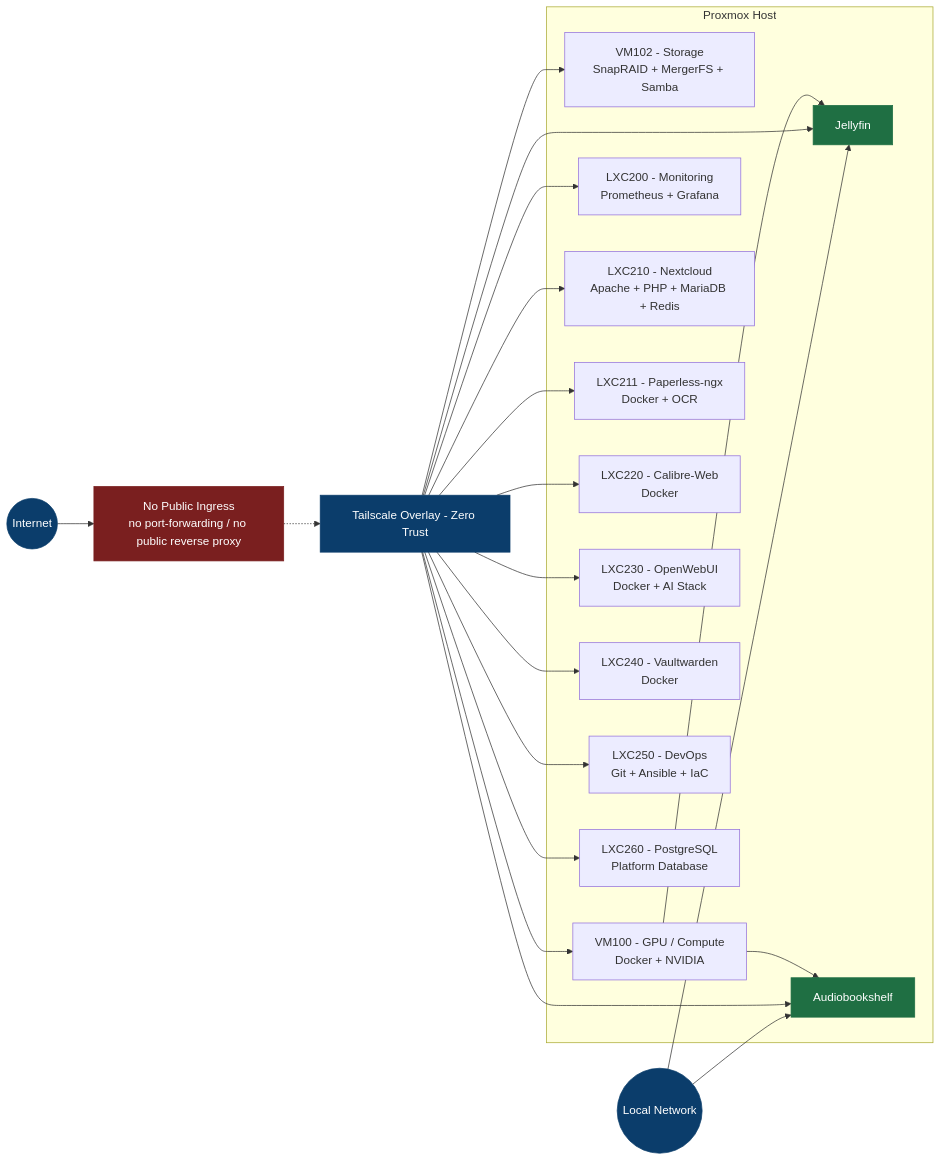
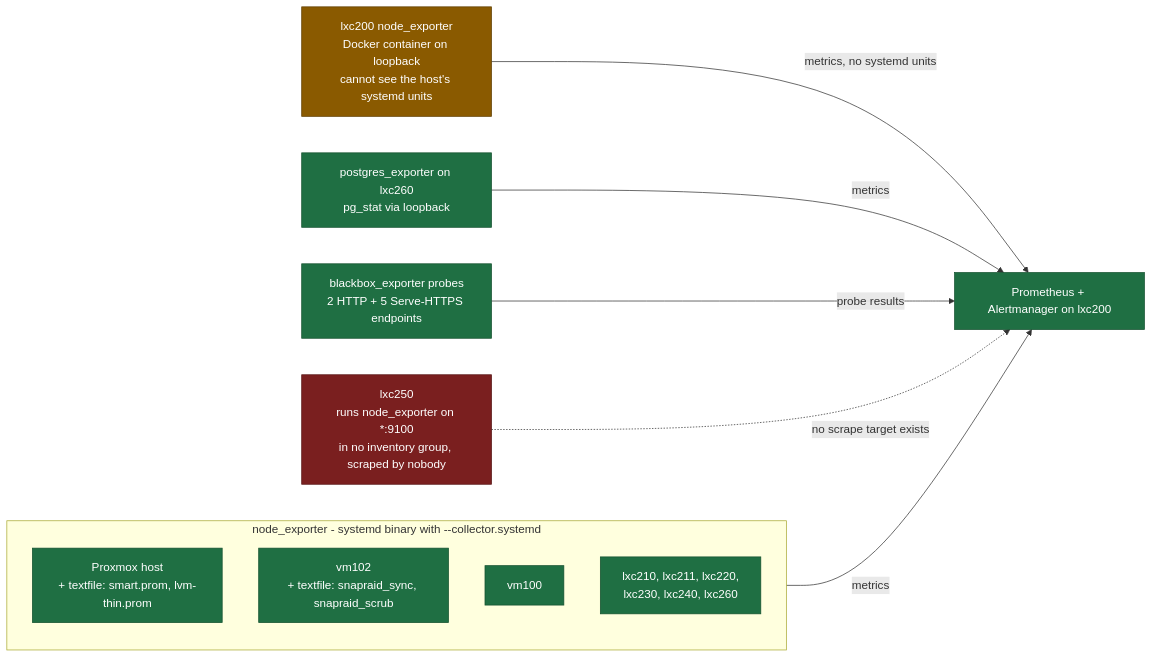
The fourth of 4 diagrams in docs/architecture/diagram.md (sohanreddyk/homelab-server-architecture), drawn with Mermaid before and after one commit. The commit also changed other lines of this file and 6 other files, not shown here.

First line of the commit message:
docs(repo): redraw the diagram set against the documents it draws from

````diff
--- a/docs/architecture/diagram.md
+++ b/docs/architecture/diagram.md
@@ -27,52 +205,33 @@
 ```mermaid
 flowchart LR
+  accTitle: Monitoring coverage by exporter class
+  accDescr: node_exporter, postgres_exporter and blackbox probes delivering metrics to Prometheus on lxc200, with the two coverage gaps marked.
 
-  Internet((Internet))
-  LAN((Local Network))
-  TS[Tailscale Overlay - Zero Trust]
-  NoPublic[No Public Ingress<br/>no port-forwarding / no public reverse proxy]
-
-  Internet --> NoPublic
-  NoPublic -.-> TS
-
-  subgraph host[Proxmox Host]
-    VM102[VM102 - Storage<br/>SnapRAID + MergerFS + Samba]
-    VM100[VM100 - GPU / Compute<br/>Docker + NVIDIA]
-    LXC200[LXC200 - Monitoring<br/>Prometheus + Grafana]
-    LXC210[LXC210 - Nextcloud<br/>Apache + PHP + MariaDB + Redis]
-    LXC211[LXC211 - Paperless-ngx<br/>Docker + OCR]
-    LXC220[LXC220 - Calibre-Web<br/>Docker]
-    LXC230[LXC230 - OpenWebUI<br/>Docker + AI Stack]
-    LXC240[LXC240 - Vaultwarden<br/>Docker]
-    LXC250[LXC250 - DevOps<br/>Git + Ansible + IaC]
-    LXC260[LXC260 - PostgreSQL<br/>Platform Database]
-    Jellyfin[Jellyfin]
-    ABS[Audiobookshelf]
+  subgraph targets["node_exporter - systemd binary with --collector.systemd"]
+    HOST["Proxmox host<br/>+ textfile: smart.prom, lvm-thin.prom"]
+    VM102["vm102<br/>+ textfile: snapraid_sync, snapraid_scrub"]
+    VM100["vm100"]
+    NODES["lxc210, lxc211, lxc220,<br/>lxc230, lxc240, lxc260"]
   end
 
-  VM100 --> Jellyfin
-  VM100 --> ABS
+  LXC200SELF["lxc200 node_exporter<br/>Docker container on loopback<br/>cannot see the host's systemd units"]
+  PGEXP["postgres_exporter on lxc260<br/>pg_stat via loopback"]
+  BLACKBOX["blackbox_exporter probes<br/>2 HTTP + 5 Serve-HTTPS endpoints"]
+  LXC250["lxc250<br/>runs node_exporter on *:9100<br/>in no inventory group, scraped by nobody"]
 
-  TS --> VM100
-  TS --> VM102
-  TS --> LXC200
-  TS --> LXC210
-  TS --> LXC211
-  TS --> LXC220
-  TS --> LXC230
-  TS --> LXC240
-  TS --> LXC250
-  TS --> LXC260
+  PROM["Prometheus + Alertmanager on lxc200"]
 
-  TS --> Jellyfin
-  TS --> ABS
-  LAN --> Jellyfin
-  LAN --> ABS
+  targets -->|"metrics"| PROM
+  LXC200SELF -->|"metrics, no systemd units"| PROM
+  PGEXP -->|"metrics"| PROM
+  BLACKBOX -->|"probe results"| PROM
+  LXC250 -.->|"no scrape target exists"| PROM
 
-  classDef access fill:#0b3d6b,stroke:#0b3d6b,color:#ffffff
-  classDef blocked fill:#7a1f1f,stroke:#7a1f1f,color:#ffffff
-  classDef media fill:#1f6f43,stroke:#1f6f43,color:#ffffff
-  class Internet,LAN,TS access
-  class NoPublic blocked
-  class Jellyfin,ABS media
+  classDef ok fill:#1f6f43,stroke:#14512f,color:#ffffff
+  classDef partial fill:#8a5a00,stroke:#5f3e00,color:#ffffff
+  classDef gap fill:#7a1f1f,stroke:#571414,color:#ffffff
+  class HOST,VM102,VM100,NODES,PGEXP,BLACKBOX ok
+  class LXC200SELF partial
+  class LXC250 gap
+  class PROM ok
 ```
````
